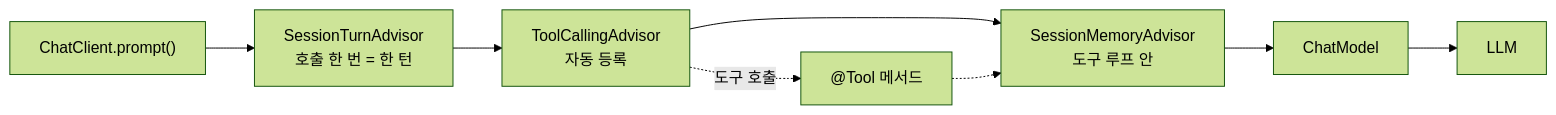
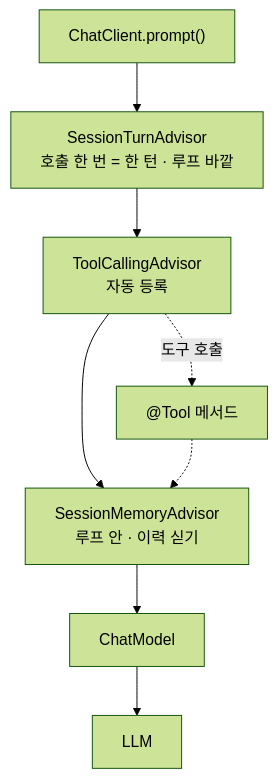
One commit to iinow/iinow.github.io changed the first of 3 diagrams in _posts/2026-11-27-spring-ai-guide.md. Above: the diagram before and after it, drawn with Mermaid (forest theme). The commit also changed 3 other files, not shown here.

Commit message:
검색어 단어 경계 처리, Spring AI 글 다이어그램 세로 배치, README 갱신

````diff
--- a/_posts/2026-11-27-spring-ai-guide.md
+++ b/_posts/2026-11-27-spring-ai-guide.md
@@ -111,10 +111,10 @@
 ```mermaid
-flowchart LR
-  C["ChatClient.prompt()"] --> T["SessionTurnAdvisor<br/>호출 한 번 = 한 턴"]
+flowchart TD
+  C["ChatClient.prompt()"] --> T["SessionTurnAdvisor<br/>호출 한 번 = 한 턴 · 루프 바깥"]
   T --> L["ToolCallingAdvisor<br/>자동 등록"]
-  L --> M["SessionMemoryAdvisor<br/>도구 루프 안"]
+  L --> M["SessionMemoryAdvisor<br/>루프 안 · 이력 싣기"]
   M --> MD["ChatModel"]
   MD --> LLM["LLM"]
   L -.->|"도구 호출"| TL["@Tool 메서드"]
   TL -.-> M
 ```
````
